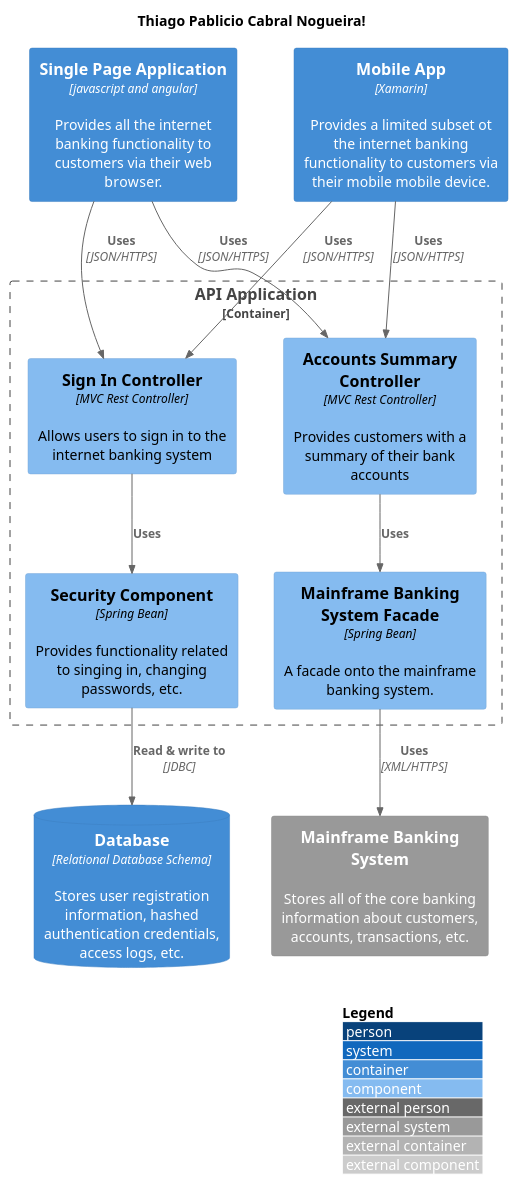
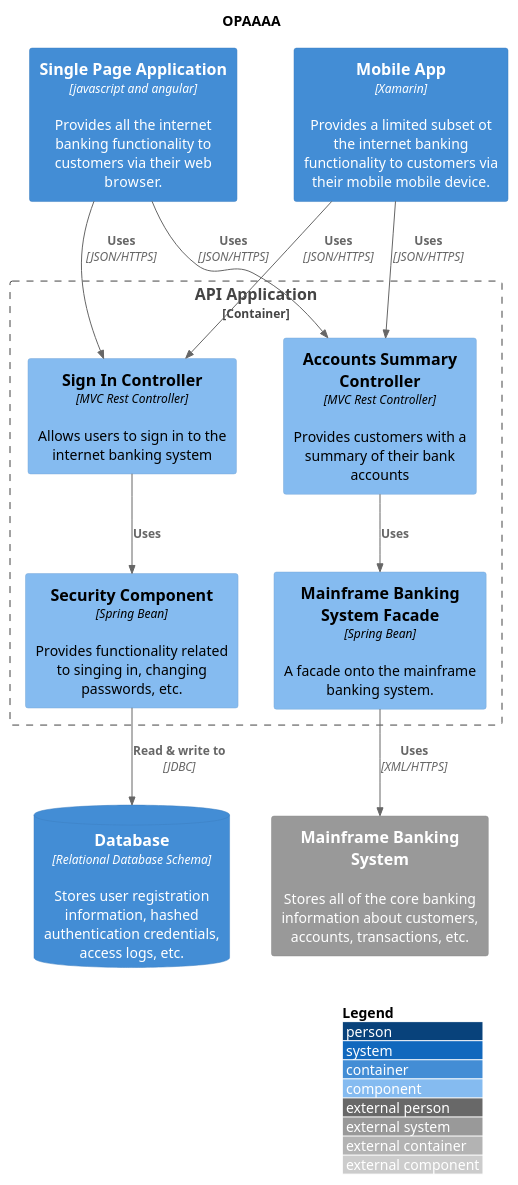
One commit to pablicio/store-service changed the diagram in sophya-docs/code/diagram1.puml. Above: the diagram before and after it, drawn with PlantUML. The commit also changed 1 other file, not shown here.

```diff
--- a/sophya-docs/code/diagram1.puml
+++ b/sophya-docs/code/diagram1.puml
@@ -1,34 +1,34 @@
 @startuml
 !include https://raw.githubusercontent.com/plantuml-stdlib/C4-PlantUML/master/C4_Component.puml
 ' uncomment the following line and comment the first to use locally
 ' !include C4_Component.puml
 
 LAYOUT_WITH_LEGEND()
 
 
-title Thiago Pablicio Cabral Nogueira!
+title OPAAAA
 
 Container(spa, "Single Page Application", "javascript and angular", "Provides all the internet banking functionality to customers via their web browser.")
 Container(ma, "Mobile App", "Xamarin", "Provides a limited subset ot the internet banking functionality to customers via their mobile mobile device.")
 ContainerDb(db, "Database", "Relational Database Schema", "Stores user registration information, hashed authentication credentials, access logs, etc.")
 System_Ext(mbs, "Mainframe Banking System", "Stores all of the core banking information about customers, accounts, transactions, etc.")
 
 Container_Boundary(api, "API Application") {
     Component(sign, "Sign In Controller", "MVC Rest Controller", "Allows users to sign in to the internet banking system")
     Component(accounts, "Accounts Summary Controller", "MVC Rest Controller", "Provides customers with a summary of their bank accounts")
     Component(security, "Security Component", "Spring Bean", "Provides functionality related to singing in, changing passwords, etc.")
     Component(mbsfacade, "Mainframe Banking System Facade", "Spring Bean", "A facade onto the mainframe banking system.")
 
 
     Rel(sign, security, "Uses")
     Rel(accounts, mbsfacade, "Uses")
     Rel(security, db, "Read & write to", "JDBC")
     Rel(mbsfacade, mbs, "Uses", "XML/HTTPS")
 }
 
 Rel(spa, sign, "Uses", "JSON/HTTPS")
 Rel(spa, accounts, "Uses", "JSON/HTTPS")
 
 Rel(ma, sign, "Uses", "JSON/HTTPS")
 Rel(ma, accounts, "Uses", "JSON/HTTPS")
 @enduml
```
